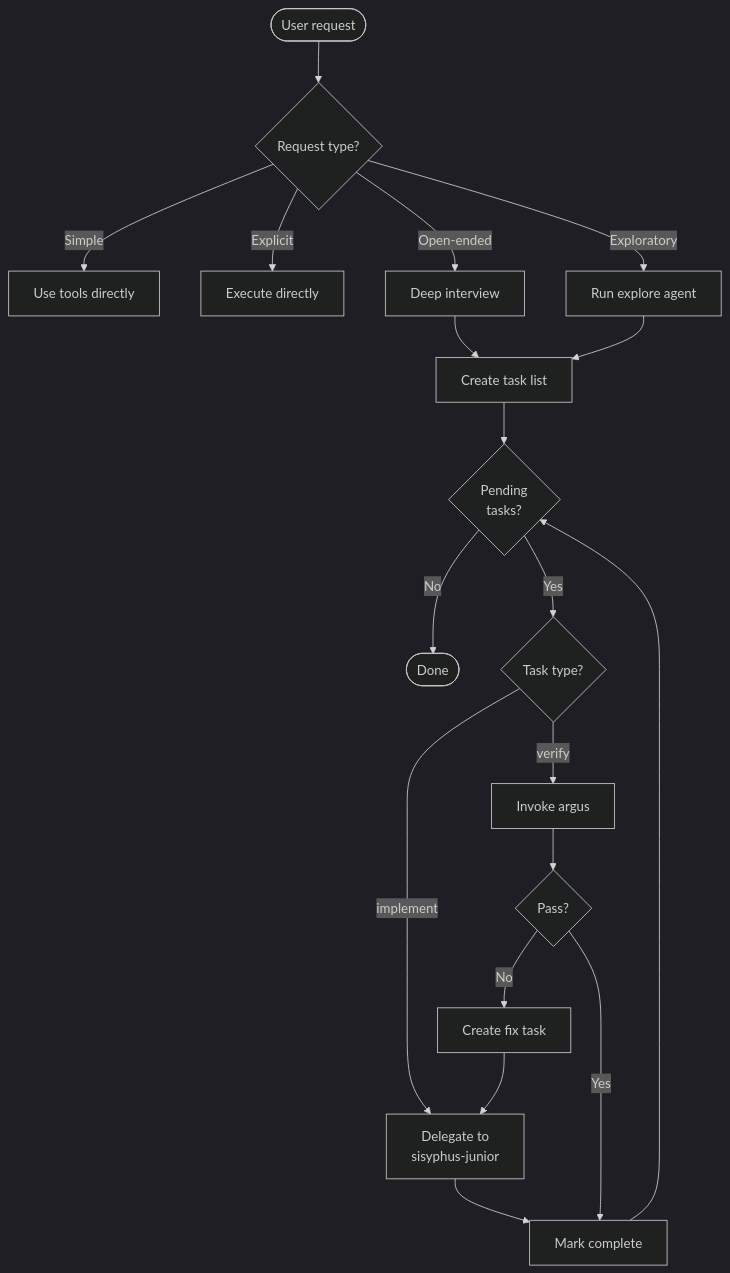
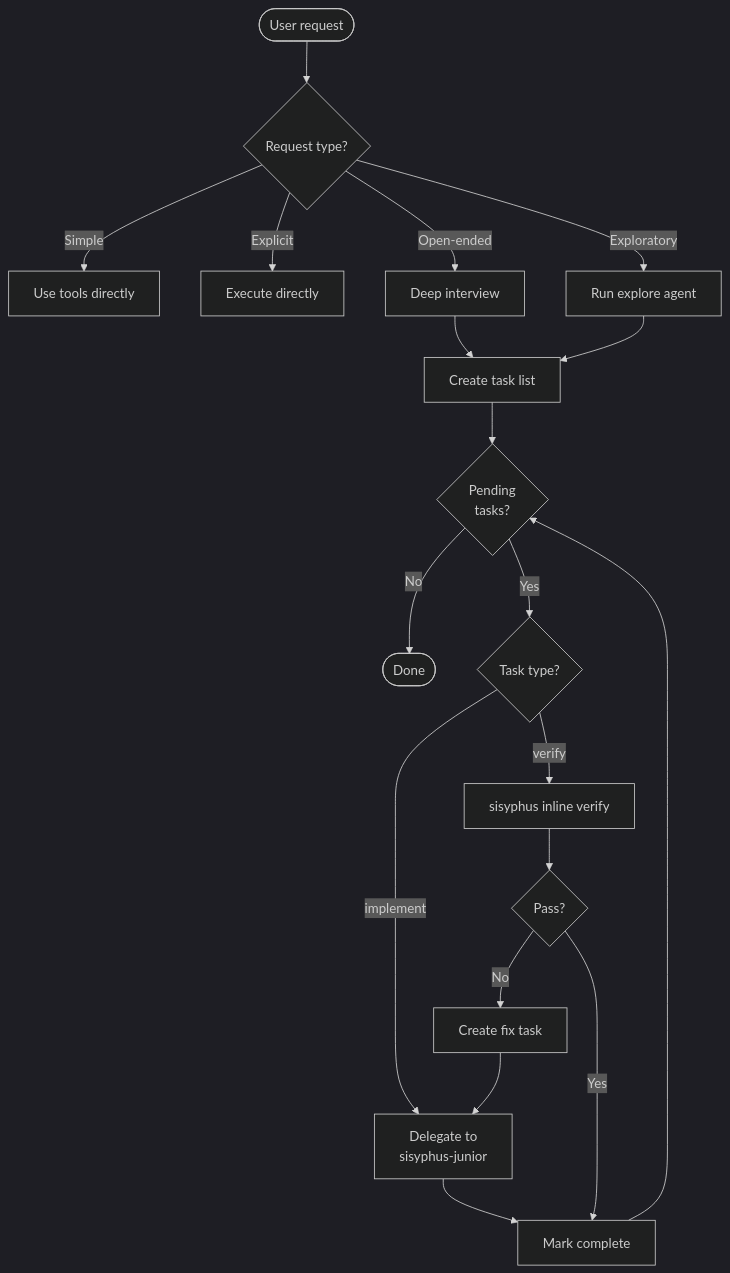
One commit to toongri/oh-my-toong-playground changed the fourth of 4 diagrams in docs/skills/core-pipeline.en.md. Above: the diagram before and after it, drawn with Mermaid (dark theme). The commit also changed other lines of this file and 33 other files, not shown here.

First line of the commit message:
refactor: argus 전역 삭제 + inline-verify 이관

````diff
--- a/docs/skills/core-pipeline.en.md
+++ b/docs/skills/core-pipeline.en.md
@@ -130,23 +130,23 @@
 ```mermaid
 flowchart TB
     Start([User request]) --> Classify{Request type?}
     Classify -->|Simple| Direct[Use tools directly]
     Classify -->|Explicit| Execute[Execute directly]
     Classify -->|Exploratory| Explore[Run explore agent]
     Classify -->|Open-ended| Interview[Deep interview]
 
     Interview --> Tasks[Create task list]
     Explore --> Tasks
 
     Tasks --> Loop{Pending<br/>tasks?}
     Loop -->|No| Done([Done])
     Loop -->|Yes| Route{Task type?}
     Route -->|implement| Delegate[Delegate to<br/>sisyphus-junior]
     Delegate --> Complete[Mark complete]
-    Route -->|verify| Review[Invoke argus]
+    Route -->|verify| Review[sisyphus inline verify]
     Review --> Pass{Pass?}
     Pass -->|Yes| Complete
     Pass -->|No| Fix[Create fix task]
     Fix --> Delegate
     Complete --> Loop
 ```
````
